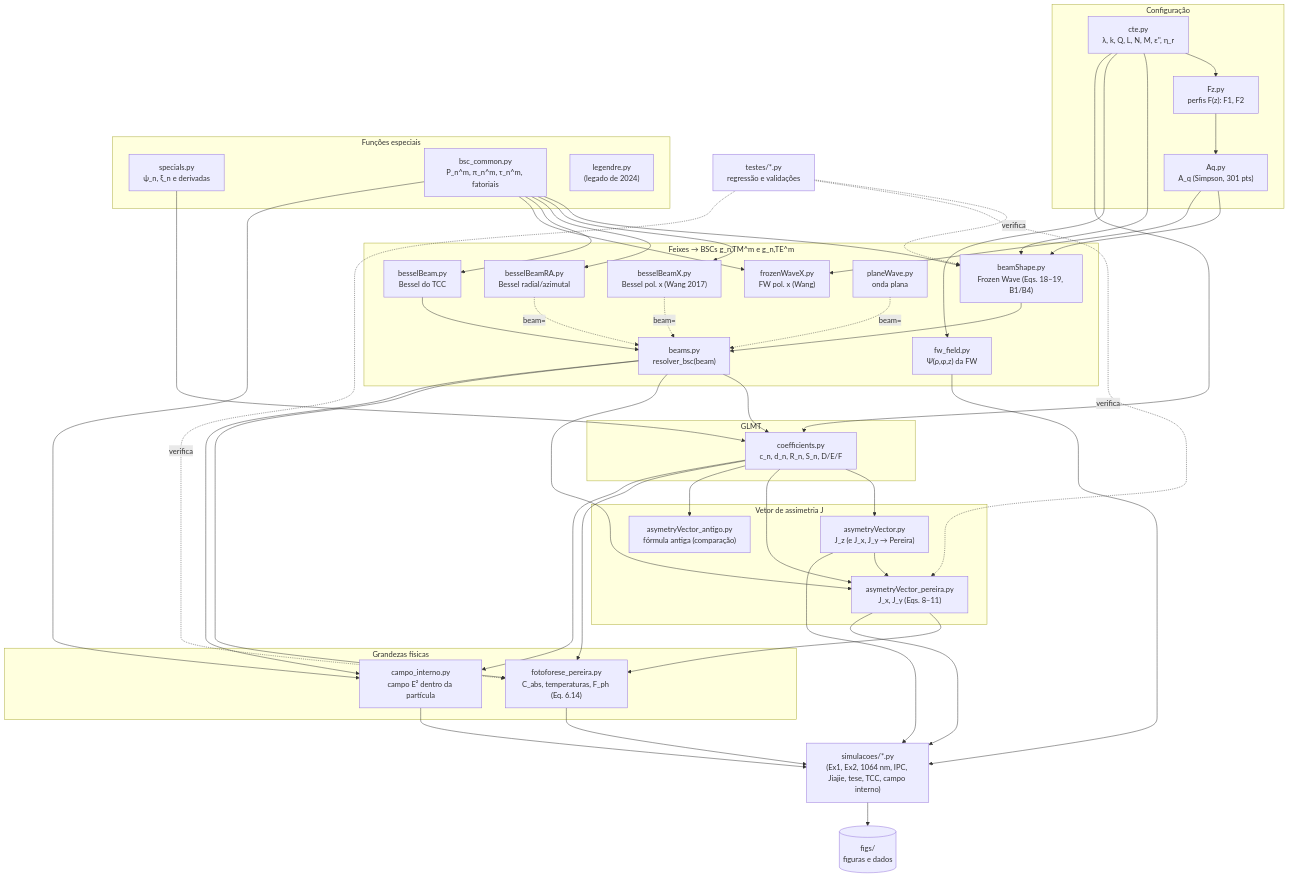
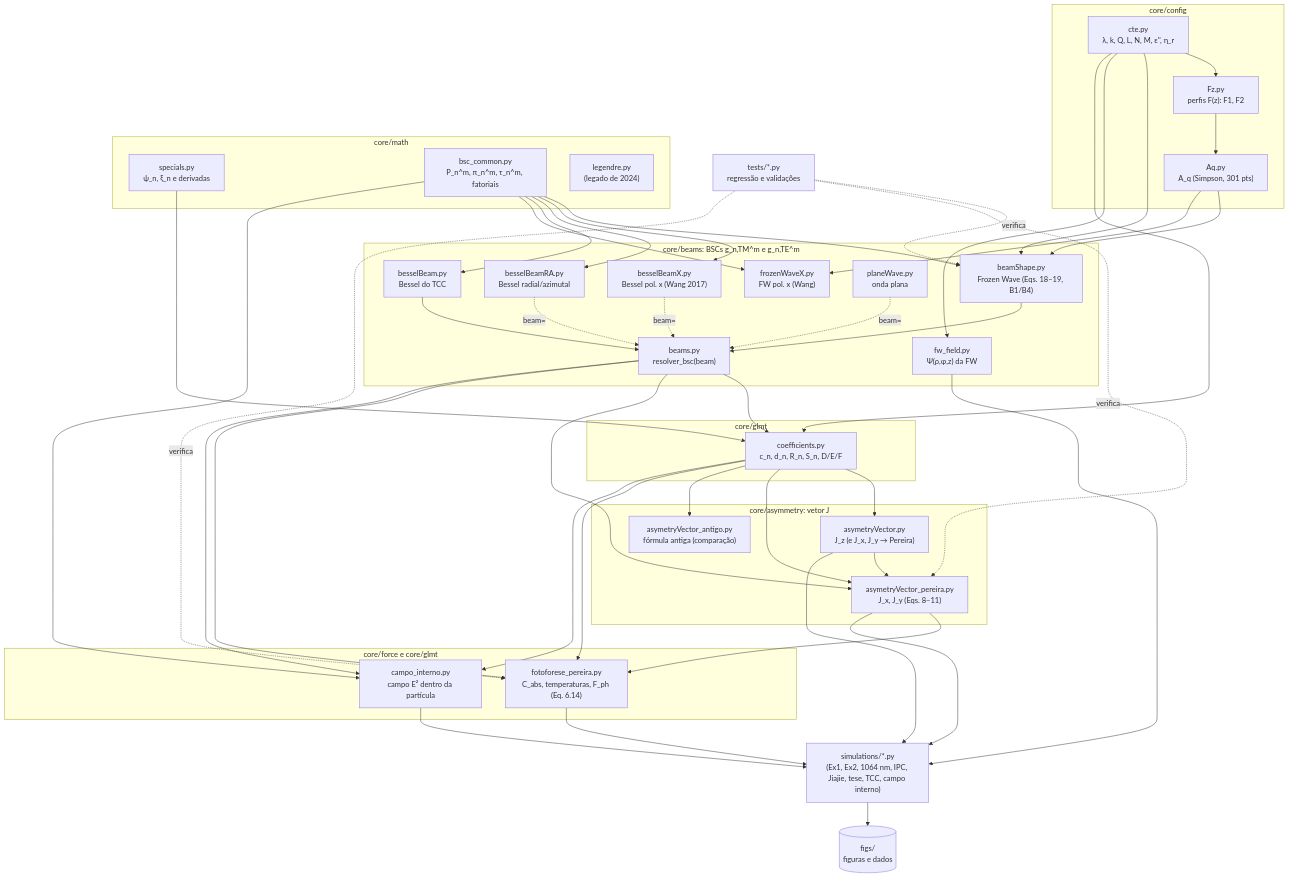
Before and after one commit to bdiasr/pytophoretic: the first of 2 diagrams in README.pt-BR.md, drawn with Mermaid. The commit also changed other lines of this file and 24 other files, not shown here.

````diff
--- a/README.pt-BR.md
+++ b/README.pt-BR.md
@@ -280,82 +280,82 @@
 ```mermaid
 flowchart TD
-    subgraph CFG["Configuração"]
+    subgraph CFG["core/config"]
         CTE["cte.py<br/>λ, k, Q, L, N, M, ε'', η_r"]
         FZ["Fz.py<br/>perfis F(z): F1, F2"]
         AQ["Aq.py<br/>A_q (Simpson, 301 pts)"]
     end
 
-    subgraph ESP["Funções especiais"]
+    subgraph ESP["core/math"]
         SPC["specials.py<br/>ψ_n, ξ_n e derivadas"]
         BSC["bsc_common.py<br/>P_n^m, π_n^m, τ_n^m, fatoriais"]
         LEG["legendre.py<br/>(legado de 2024)"]
     end
 
-    subgraph FEI["Feixes → BSCs g_n,TM^m e g_n,TE^m"]
+    subgraph FEI["core/beams: BSCs g_n,TM^m e g_n,TE^m"]
         FW["beamShape.py<br/>Frozen Wave (Eqs. 18–19, B1/B4)"]
         FWF["fw_field.py<br/>Ψ(ρ,φ,z) da FW"]
         BX["besselBeamX.py<br/>Bessel pol. x (Wang 2017)"]
         BRA["besselBeamRA.py<br/>Bessel radial/azimutal"]
         BB["besselBeam.py<br/>Bessel do TCC"]
         PW["planeWave.py<br/>onda plana"]
         FWX["frozenWaveX.py<br/>FW pol. x (Wang)"]
         RES["beams.py<br/>resolver_bsc(beam)"]
     end
 
-    subgraph MIE["GLMT"]
+    subgraph MIE["core/glmt"]
         COEF["coefficients.py<br/>c_n, d_n, R_n, S_n, D/E/F"]
     end
 
-    subgraph ASS["Vetor de assimetria J"]
+    subgraph ASS["core/asymmetry: vetor J"]
         AVZ["asymetryVector.py<br/>J_z (e J_x, J_y → Pereira)"]
         AVP["asymetryVector_pereira.py<br/>J_x, J_y (Eqs. 8–11)"]
         AVA["asymetryVector_antigo.py<br/>fórmula antiga (comparação)"]
     end
 
-    subgraph SAI["Grandezas físicas"]
+    subgraph SAI["core/force e core/glmt"]
         FOT["fotoforese_pereira.py<br/>C_abs, temperaturas, F_ph (Eq. 6.14)"]
         CI["campo_interno.py<br/>campo E² dentro da partícula"]
     end
 
-    SIM["simulacoes/*.py<br/>(Ex1, Ex2, 1064 nm, IPC, Jiajie, tese, TCC, campo interno)"]
+    SIM["simulations/*.py<br/>(Ex1, Ex2, 1064 nm, IPC, Jiajie, tese, TCC, campo interno)"]
     FIG[("figs/<br/>figuras e dados")]
-    TST["testes/*.py<br/>regressão e validações"]
+    TST["tests/*.py<br/>regressão e validações"]
 
     CTE --> FZ --> AQ --> FW
     CTE --> FW
     BSC --> FW
     BSC --> BX
     BSC --> BRA
     BSC --> BB
     AQ --> FWX
     BSC --> FWX
     CTE --> FWF
     FW --> RES
     BB --> RES
     BX -.->|"beam="| RES
     BRA -.->|"beam="| RES
     PW -.->|"beam="| RES
     SPC --> COEF
     RES --> COEF
     CTE --> COEF
     COEF --> AVZ
     COEF --> AVP
     COEF --> AVA
     RES --> AVP
     AVZ --> AVP
     AVP --> FOT
     COEF --> FOT
     RES --> FOT
     COEF --> CI
     RES --> CI
     BSC --> CI
     AVP --> SIM
     AVZ --> SIM
     FOT --> SIM
     CI --> SIM
     FWF --> SIM
     SIM --> FIG
     TST -.->|"verifica"| FW
     TST -.->|"verifica"| AVP
     TST -.->|"verifica"| FOT
 ```
````
